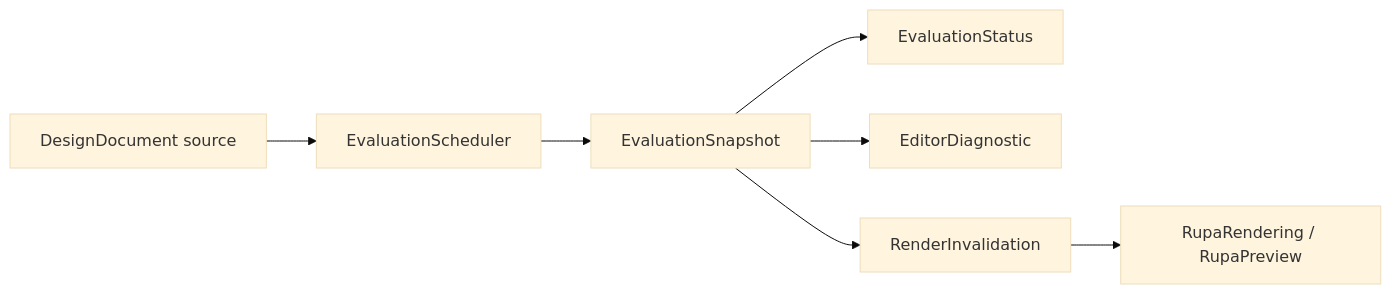
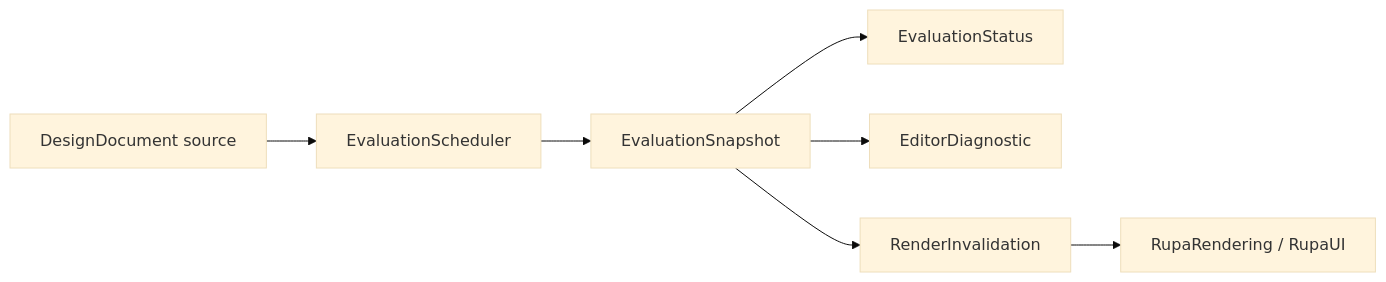
Before and after one commit to 1amageek/Rupa: diagram 20 of 26 in Rupa/SPEC.md, drawn with Mermaid (base theme). The commit also changed other lines of this file and 7 other files, not shown here.

Commit message:
Align remaining architecture references

````diff
--- a/Rupa/SPEC.md
+++ b/Rupa/SPEC.md
@@ -807,9 +802,9 @@
 ```mermaid
 flowchart LR
     Source["DesignDocument source"] --> Scheduler["EvaluationScheduler"]
     Scheduler --> Snapshot["EvaluationSnapshot"]
     Snapshot --> Status["EvaluationStatus"]
     Snapshot --> Diagnostics["EditorDiagnostic"]
     Snapshot --> Invalidation["RenderInvalidation"]
-    Invalidation --> Viewport["RupaRendering / RupaPreview"]
+    Invalidation --> Viewport["RupaRendering / RupaUI"]
 ```
````
